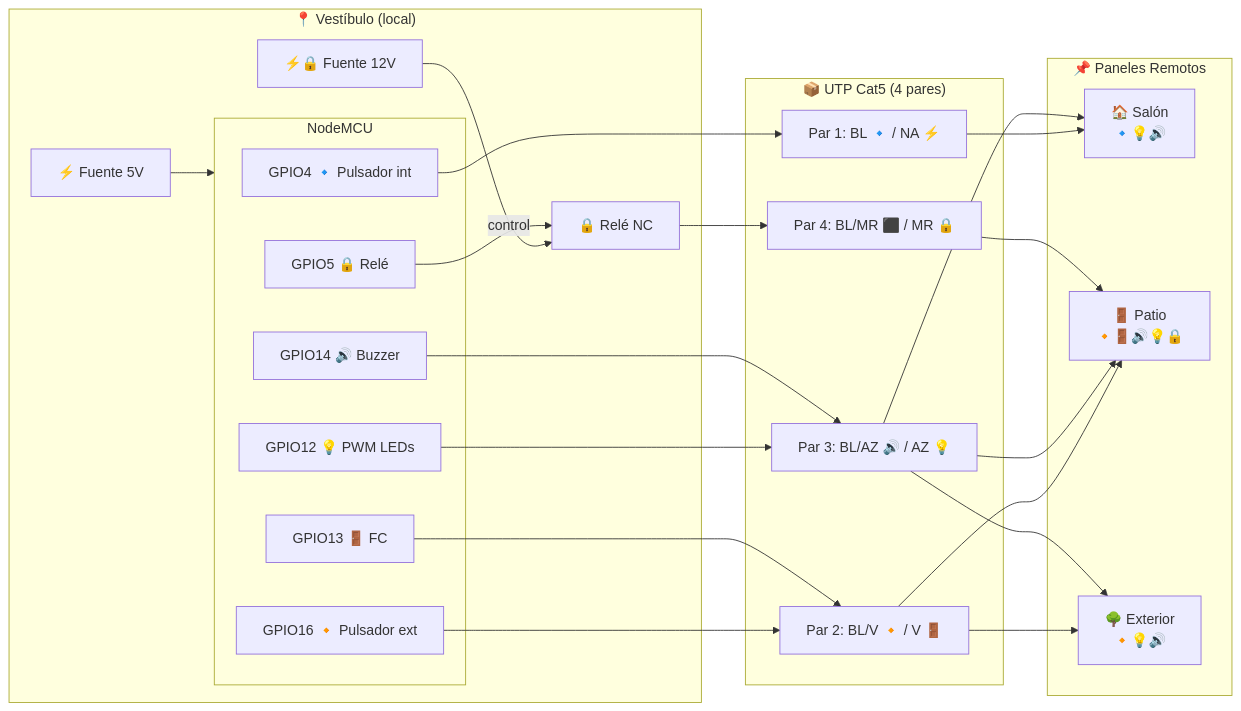
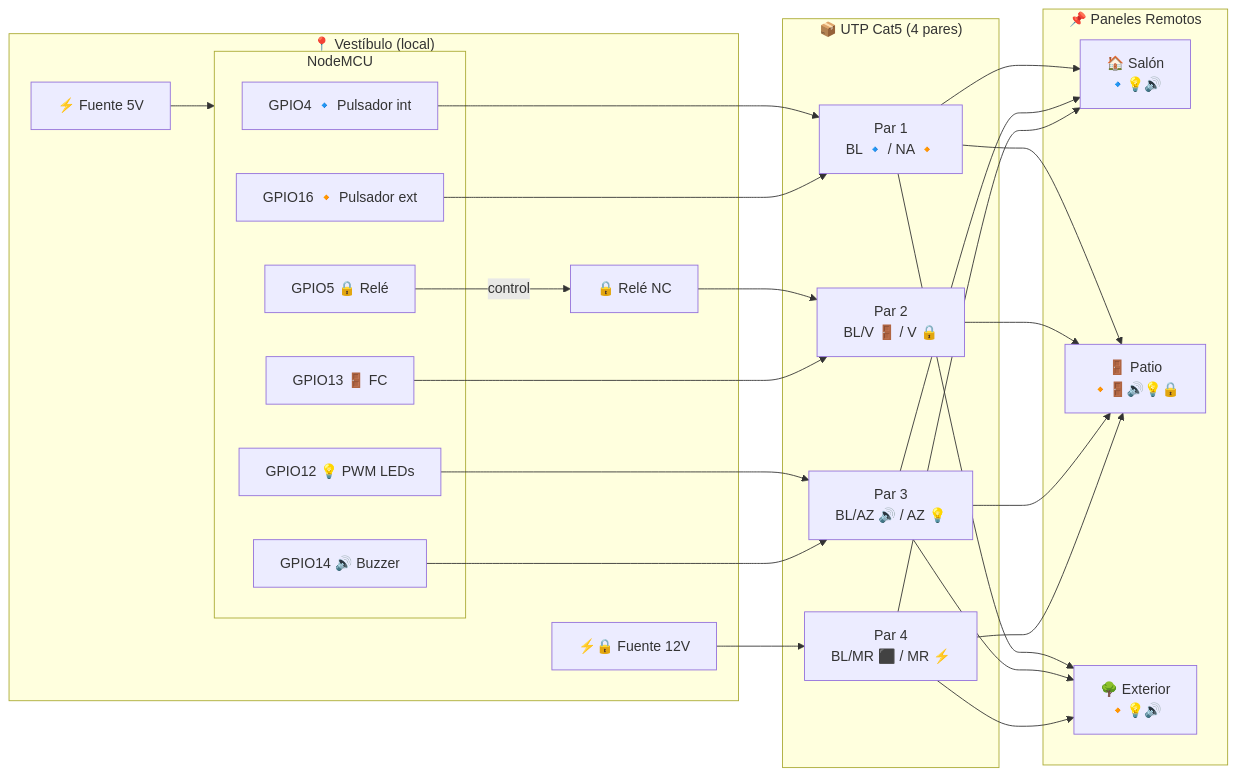
One commit to abelbour/Abrepuertas changed the third of 10 diagrams in SYSTEM_DEFINITION.md. Above: the diagram before and after it, drawn with Mermaid. The commit also changed other lines of this file, not shown here.

Commit message:
Reorganize bus: par 1 entradas, par 2 patio, par 3 broadcast, par 4 power

````diff
--- a/SYSTEM_DEFINITION.md
+++ b/SYSTEM_DEFINITION.md
@@ -355,41 +355,39 @@
 ```mermaid
 flowchart LR
     subgraph NodeMCU
         G4["GPIO4 🔹 Pulsador int"]
         G16["GPIO16 🔸 Pulsador ext"]
         G12["GPIO12 💡 PWM LEDs"]
         G14["GPIO14 🔊 Buzzer"]
         G5["GPIO5 🔒 Relé"]
         G13["GPIO13 🚪 FC"]
     end
 
     subgraph UTP["📦 UTP Cat5 (4 pares)"]
-        P1["Par 1: BL 🔹 / NA ⚡"]
-        P2["Par 2: BL/V 🔸 / V 🚪"]
-        P3["Par 3: BL/AZ 🔊 / AZ 💡"]
-        P4["Par 4: BL/MR ⬛ / MR 🔒"]
+        P1["Par 1<br/>BL 🔹 / NA 🔸"]
+        P2["Par 2<br/>BL/V 🚪 / V 🔒"]
+        P3["Par 3<br/>BL/AZ 🔊 / AZ 💡"]
+        P4["Par 4<br/>BL/MR ⬛ / MR ⚡"]
     end
 
     subgraph Vestibulo["📍 Vestíbulo (local)"]
         F5V["⚡ Fuente 5V"] --> NodeMCU
-        F12V["⚡🔒 Fuente 12V"] --> Rele["🔒 Relé NC"]
-        G5 -- control --> Rele
-        Rele --> P4
+        F12V["⚡🔒 Fuente 12V"] --> P4
+        G5 -- control --> Rele["🔒 Relé NC"]
+        Rele --> P2
     end
 
     subgraph Paneles["📌 Paneles Remotos"]
         Salon["🏠 Salón<br/>🔹💡🔊"]
         Patio["🚪 Patio<br/>🔸🚪🔊💡🔒"]
         Ext["🌳 Exterior<br/>🔸💡🔊"]
     end
 
-    G4 --> P1
-    G16 --> P2
-    G12 --> P3
-    G14 --> P3
+    G4 & G16 --> P1
     G13 --> P2
-    P1 --> Salon
-    P2 --> Patio & Ext
+    G12 & G14 --> P3
+    P1 --> Salon & Patio & Ext
+    P2 --> Patio
     P3 --> Salon & Patio & Ext
-    P4 --> Patio
+    P4 --> Salon & Patio & Ext
 ```
````
